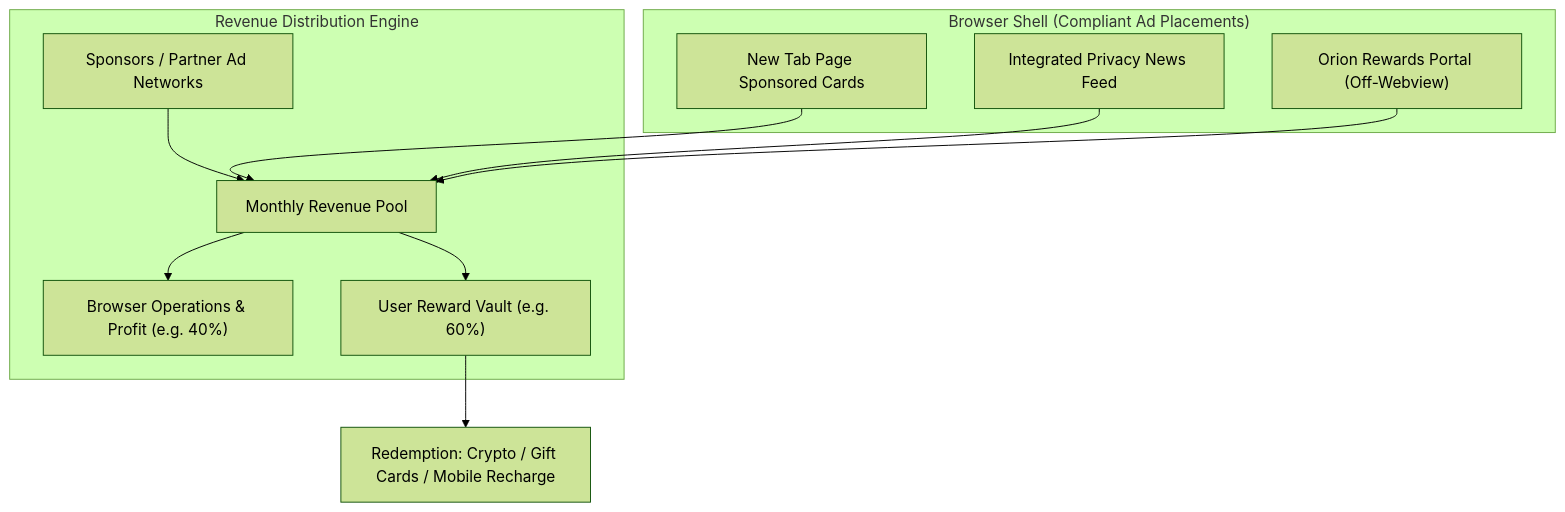
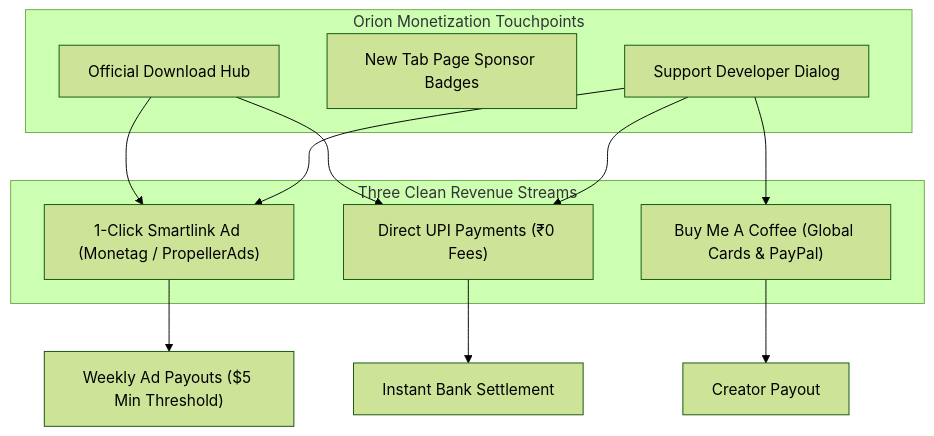
One commit to abhinavsanthoshpp/OrionBrowser changed the fourth of 5 diagrams in docs/ARCHITECTURE.md. Above: the diagram before and after it, drawn with Mermaid (forest theme). The commit also changed other lines of this file, not shown here.

Commit message:
Update architecture documentation with developer patronage model and proprietary copyright notice

````diff
--- a/docs/ARCHITECTURE.md
+++ b/docs/ARCHITECTURE.md
@@ -161,20 +161,20 @@
 ```mermaid
 flowchart TD
-    subgraph BrowserSurface["Browser Shell (Compliant Ad Placements)"]
-        NTP["New Tab Page Sponsored Cards"]
-        News["Integrated Privacy News Feed"]
-        Rewards["Orion Rewards Portal (Off-Webview)"]
+    subgraph BrowserSurfaces["Orion Monetization Touchpoints"]
+        Dialog["Support Developer Dialog"]
+        NTP["New Tab Page Sponsor Badges"]
+        WebSite["Official Download Hub"]
     end
 
-    subgraph RevenueEngine["Revenue Distribution Engine"]
-        Advertiser["Sponsors / Partner Ad Networks"] --> Pool["Monthly Revenue Pool"]
-        Pool --> AdminSplit["Browser Operations & Profit (e.g. 40%)"]
-        Pool --> UserWallet["User Reward Vault (e.g. 60%)"]
+    subgraph RevenueStreams["Three Clean Revenue Streams"]
+        Dialog --> Monetag["1-Click Smartlink Ad (Monetag / PropellerAds)"]
+        Dialog --> UPI["Direct UPI Payments (₹0 Fees)"]
+        Dialog --> Coffee["Buy Me A Coffee (Global Cards & PayPal)"]
+        WebSite --> UPI
+        WebSite --> Monetag
     end
 
-    NTP --> Pool
-    News --> Pool
-    Rewards --> Pool
-
-    UserWallet --> Cashout["Redemption: Crypto / Gift Cards / Mobile Recharge"]
+    Monetag --> Payout["Weekly Ad Payouts ($5 Min Threshold)"]
+    UPI --> DirectBank["Instant Bank Settlement"]
+    Coffee --> CreatorBank["Creator Payout"]
 ```
````
